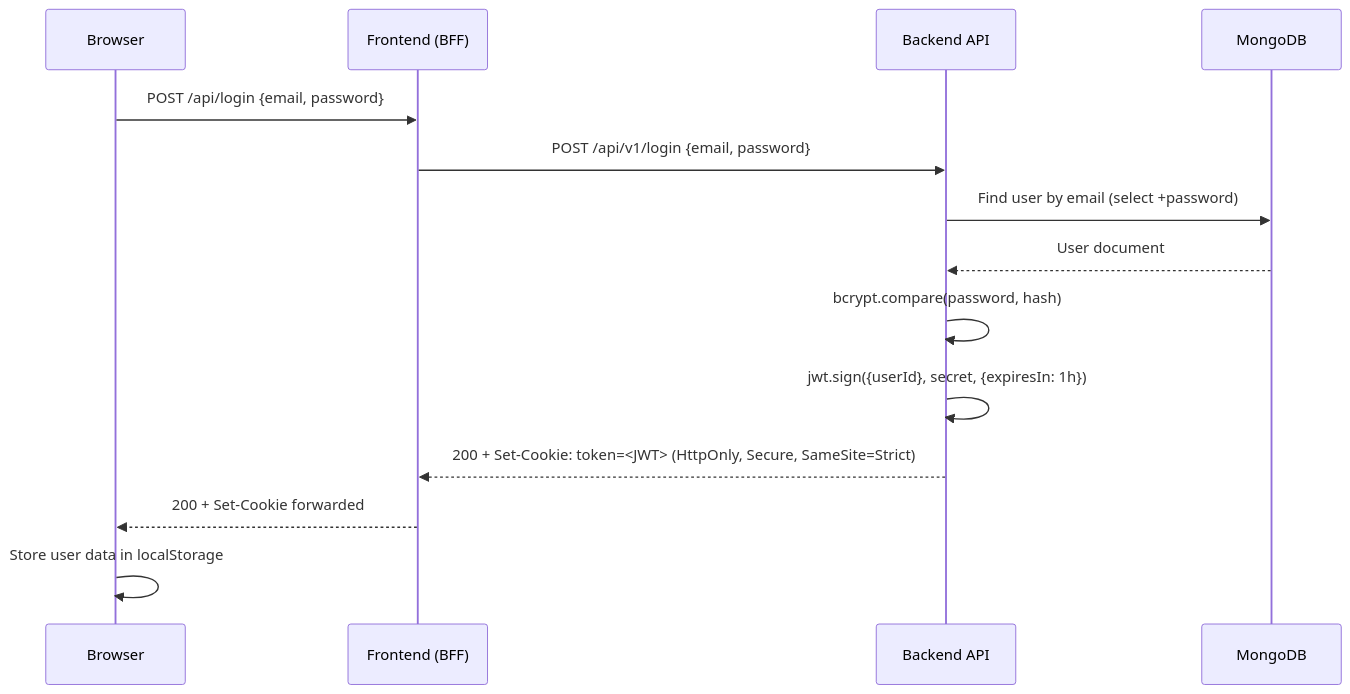
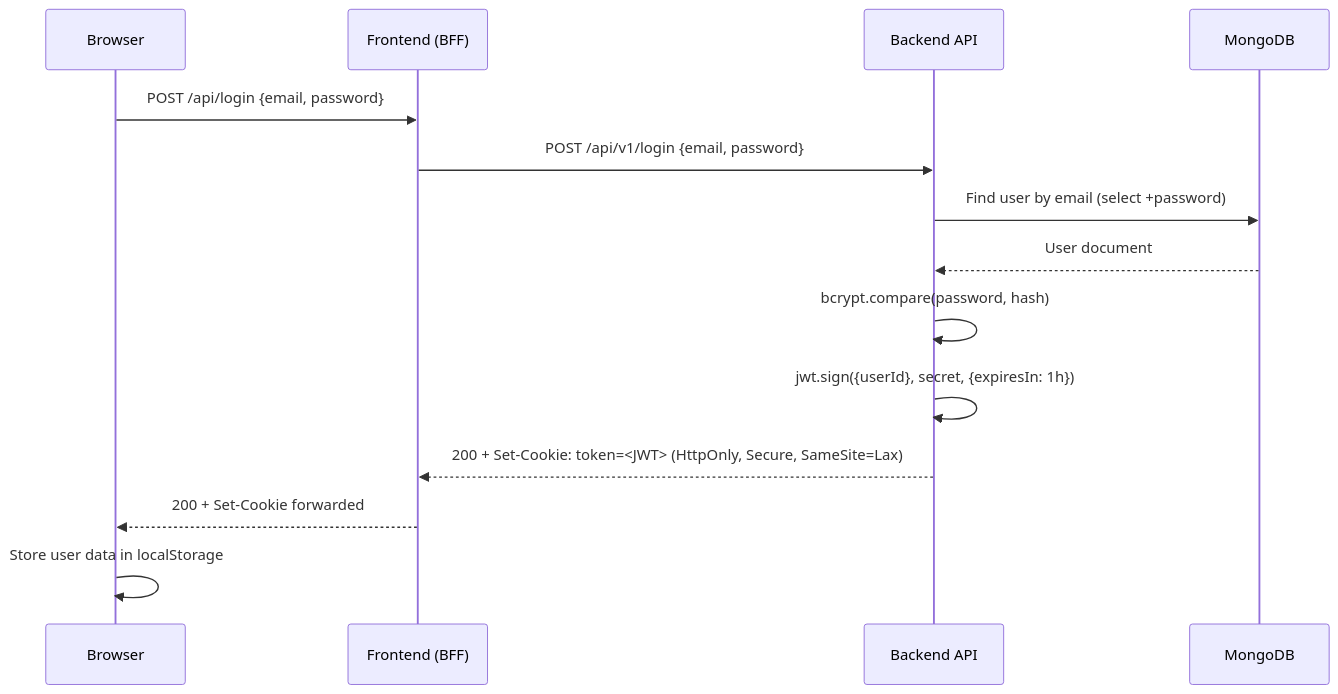
Before and after one commit to Tarandeep9988/AssignGuard: the third of 6 diagrams in design_document.md, drawn with Mermaid. The commit also changed other lines of this file and 1 other file, not shown here.

````diff
--- a/design_document.md
+++ b/design_document.md
@@ -298,17 +299,17 @@
 ```mermaid
 sequenceDiagram
     participant B as Browser
     participant F as Frontend (BFF)
     participant A as Backend API
     participant DB as MongoDB
 
     B->>F: POST /api/login {email, password}
     F->>A: POST /api/v1/login {email, password}
     A->>DB: Find user by email (select +password)
     DB-->>A: User document
     A->>A: bcrypt.compare(password, hash)
     A->>A: jwt.sign({userId}, secret, {expiresIn: 1h})
-    A-->>F: 200 + Set-Cookie: token=<JWT> (HttpOnly, Secure, SameSite=Strict)
+    A-->>F: 200 + Set-Cookie: token=<JWT> (HttpOnly, Secure, SameSite=Lax)
     F-->>B: 200 + Set-Cookie forwarded
     B->>B: Store user data in localStorage
 ```
````
